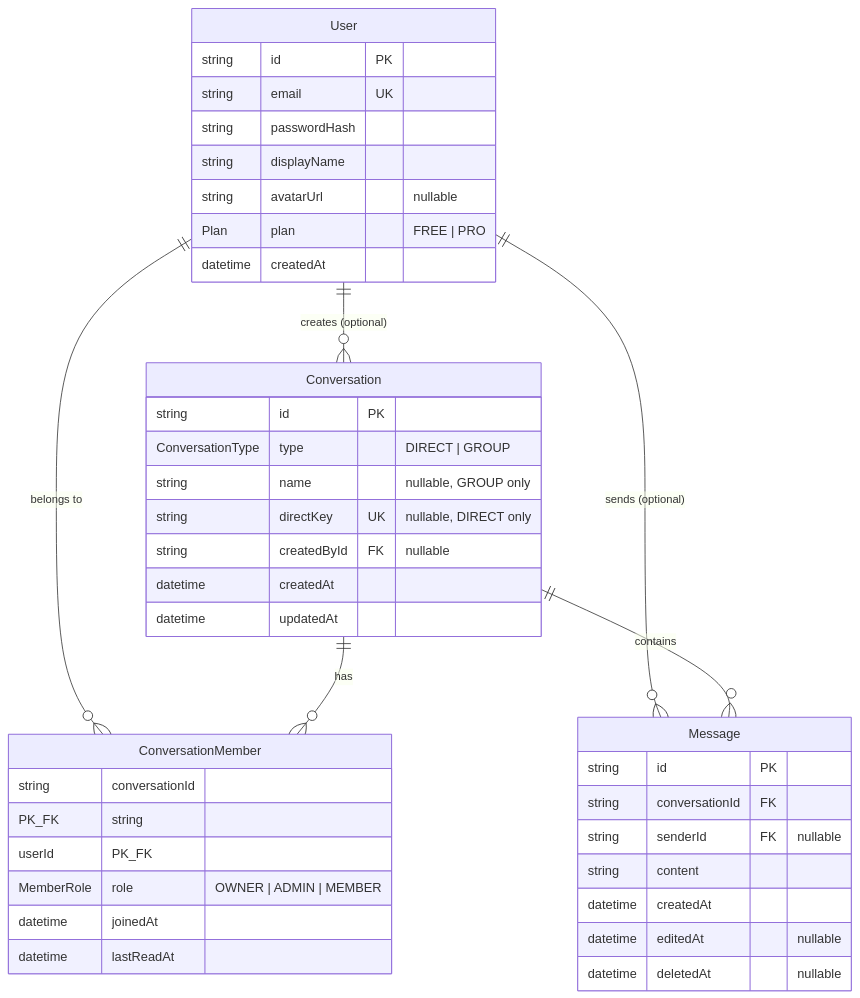
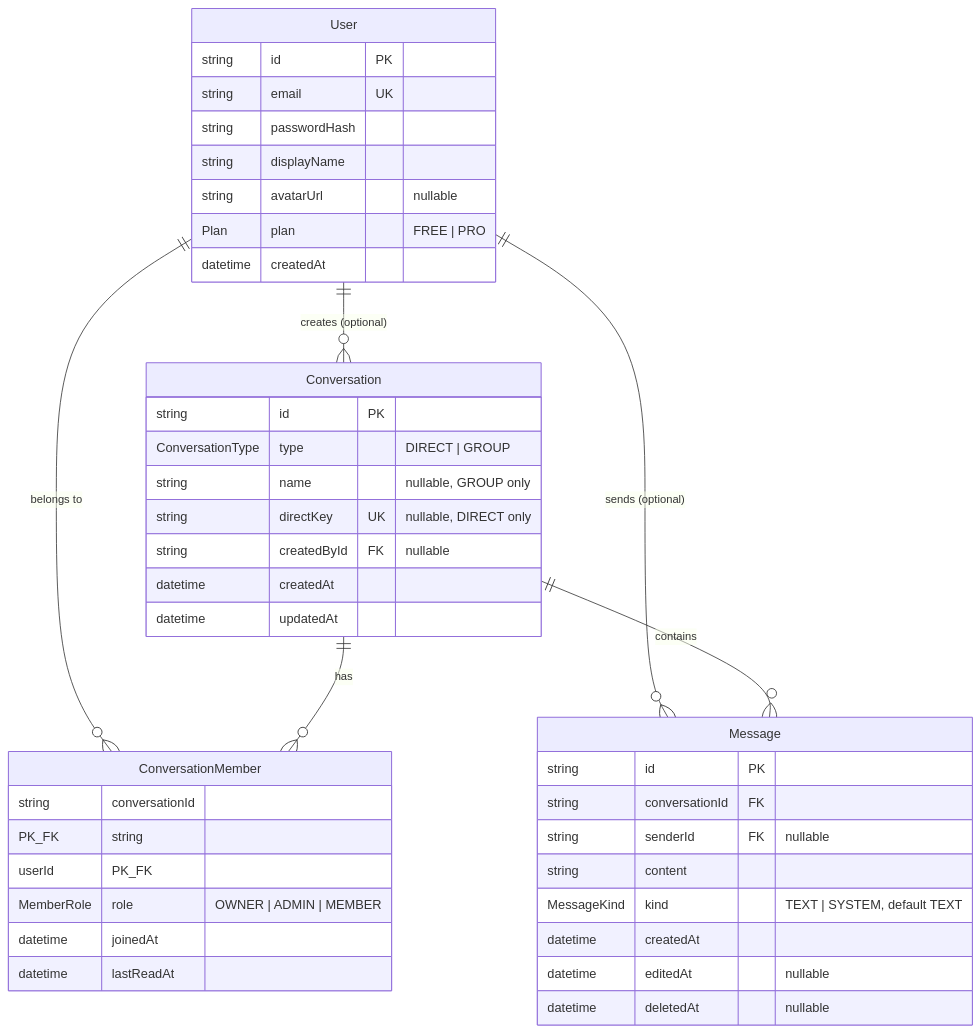
The diagram in docs/data-model.md (buhovac/chat-mess), drawn with Mermaid before and after one commit. The commit also changed other lines of this file and 19 other files, not shown here.

````diff
--- a/docs/data-model.md
+++ b/docs/data-model.md
@@ -8,46 +9,47 @@
 ```mermaid
 erDiagram
     User ||--o{ Conversation : "creates (optional)"
     User ||--o{ ConversationMember : "belongs to"
     User ||--o{ Message : "sends (optional)"
     Conversation ||--o{ ConversationMember : "has"
     Conversation ||--o{ Message : "contains"
 
     User {
         string id PK
         string email UK
         string passwordHash
         string displayName
         string avatarUrl "nullable"
         Plan plan "FREE | PRO"
         datetime createdAt
     }
 
     Conversation {
         string id PK
         ConversationType type "DIRECT | GROUP"
         string name "nullable, GROUP only"
         string directKey UK "nullable, DIRECT only"
         string createdById FK "nullable"
         datetime createdAt
         datetime updatedAt
     }
 
     ConversationMember {
         string conversationId PK_FK
         string userId PK_FK
         MemberRole role "OWNER | ADMIN | MEMBER"
         datetime joinedAt
         datetime lastReadAt
     }
 
     Message {
         string id PK
         string conversationId FK
         string senderId FK "nullable"
         string content
+        MessageKind kind "TEXT | SYSTEM, default TEXT"
         datetime createdAt
         datetime editedAt "nullable"
         datetime deletedAt "nullable"
     }
 ```
````
